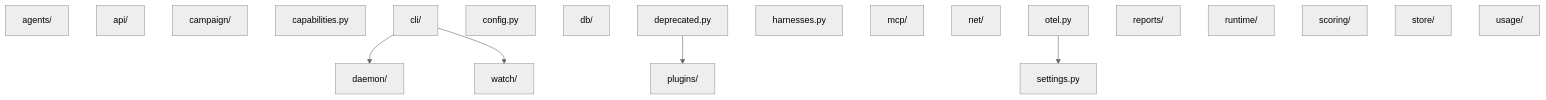
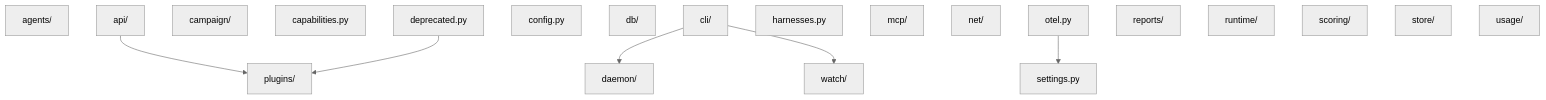
Before and after one commit to VatsaDev/piloop: the diagram in docs/snippets/generated/imports.mdx, drawn with Mermaid (neutral theme). The commit also changed other lines of this file and 39 other files, not shown here.

````diff
--- a/docs/snippets/generated/imports.mdx
+++ b/docs/snippets/generated/imports.mdx
@@ -3,28 +3,29 @@
 ```mermaid
 flowchart TB
     agents["agents/"]
     api["api/"]
     campaign["campaign/"]
     capabilities["capabilities.py"]
     cli["cli/"]
     config["config.py"]
     daemon["daemon/"]
     db["db/"]
     deprecated["deprecated.py"]
     harnesses["harnesses.py"]
     mcp["mcp/"]
     net["net/"]
     otel["otel.py"]
     plugins["plugins/"]
     reports["reports/"]
     runtime["runtime/"]
     scoring["scoring/"]
     settings["settings.py"]
     store["store/"]
     usage["usage/"]
     watch["watch/"]
+    api --> plugins
     cli --> daemon
     cli --> watch
     deprecated --> plugins
     otel --> settings
 ```
````
